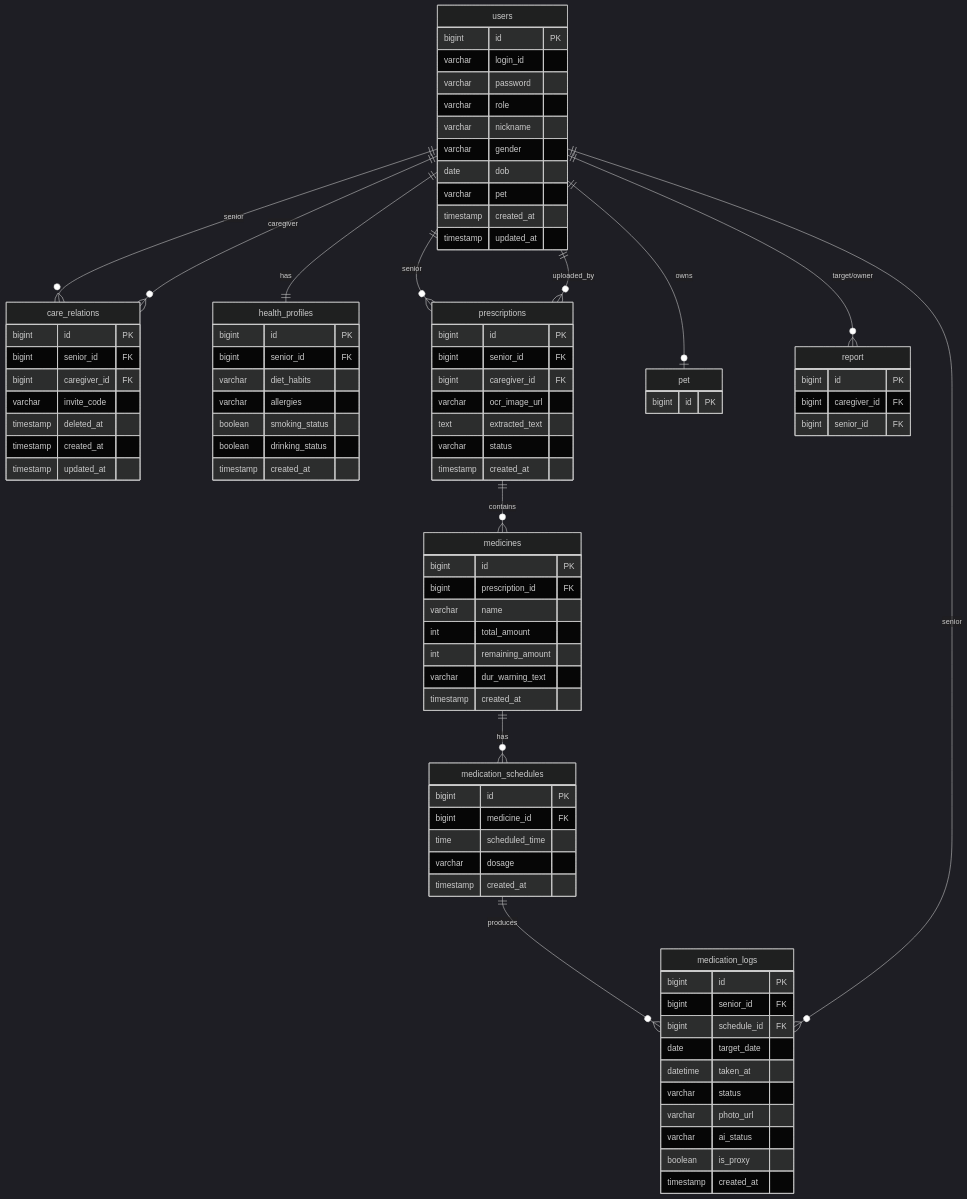
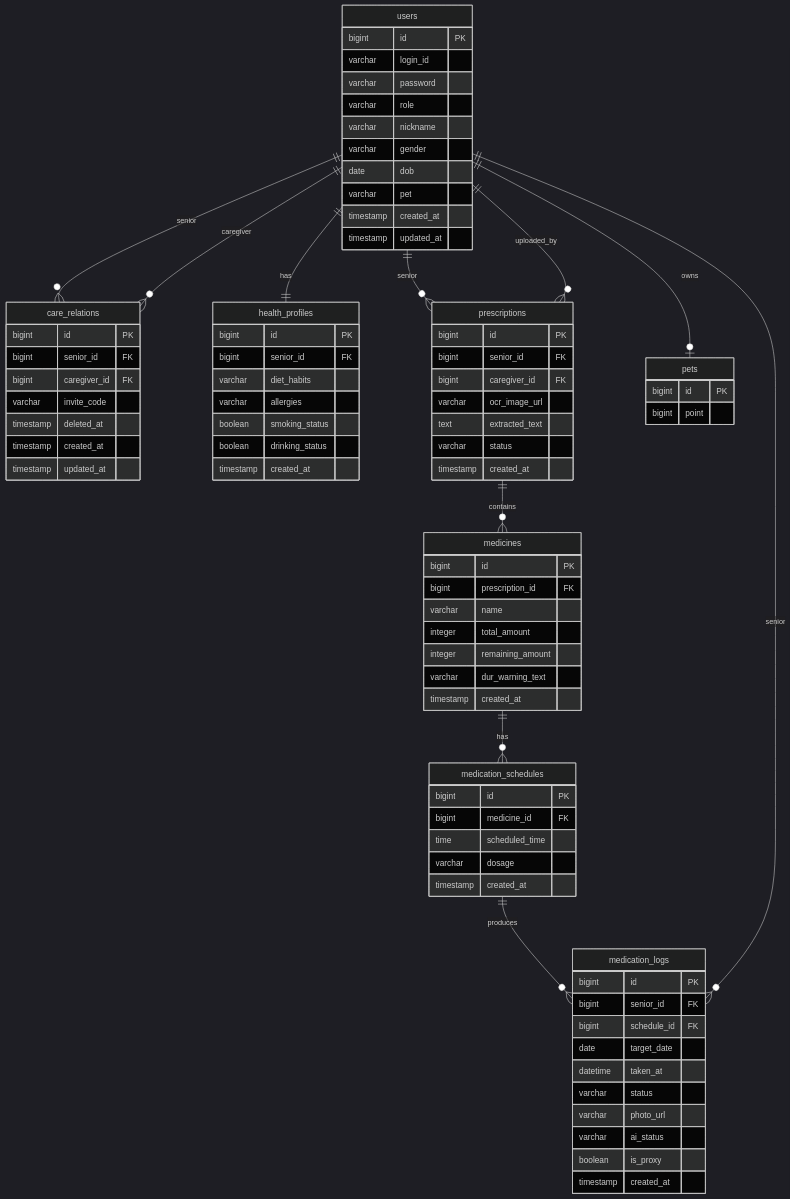
One commit to ppiyaki/ppiyaki-backend changed the diagram in docs/ai-harness/06-domain-model.md. Above: the diagram before and after it, drawn with Mermaid (dark theme). The commit also changed other lines of this file, not shown here.

````diff
--- a/docs/ai-harness/06-domain-model.md
+++ b/docs/ai-harness/06-domain-model.md
@@ -201,8 +208,7 @@
     medicines ||--o{ medication_schedules : "has"
     medication_schedules ||--o{ medication_logs : "produces"
     users ||--o{ medication_logs : "senior"
-    users ||--o| pet : "owns"
-    users ||--o{ report : "target/owner"
+    users ||--o| pets : "owns"
 
     users {
         bigint id PK
@@ -247,8 +253,8 @@
         bigint id PK
         bigint prescription_id FK
         varchar name
-        int total_amount
-        int remaining_amount
+        integer total_amount
+        integer remaining_amount
         varchar dur_warning_text
         timestamp created_at
     }
@@ -271,12 +277,8 @@
         boolean is_proxy
         timestamp created_at
     }
-    pet {
+    pets {
         bigint id PK
-    }
-    report {
-        bigint id PK
-        bigint caregiver_id FK
-        bigint senior_id FK
+        bigint point
     }
 ```
````
